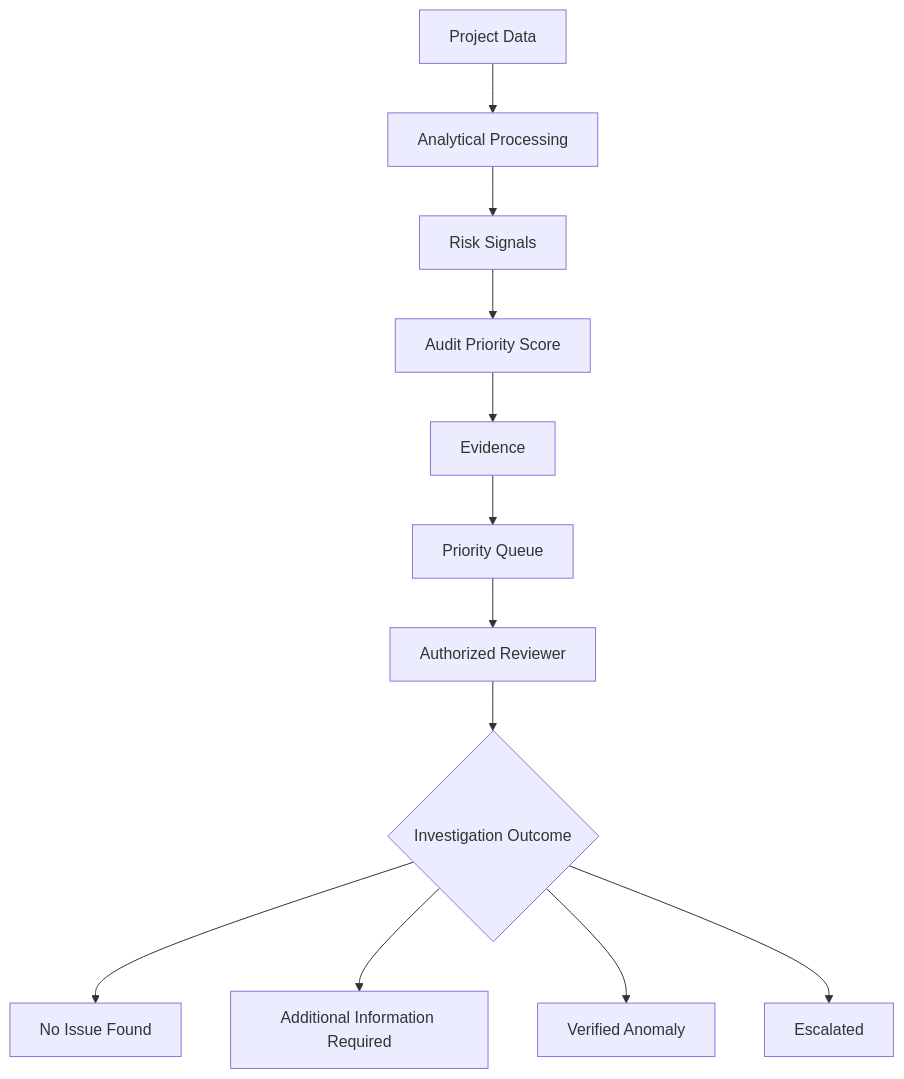
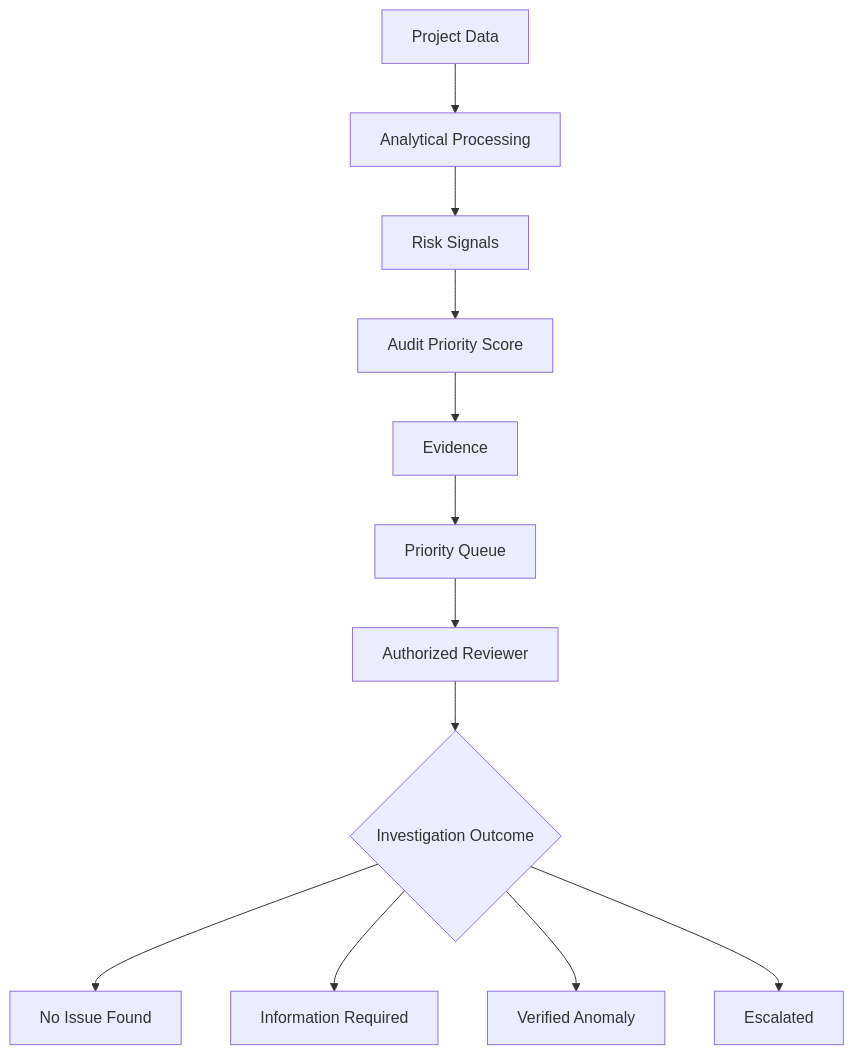
Before and after one commit to the-nidhi-bhat/mplads-sentinel: the ninth of 17 diagrams in README.md, drawn with Mermaid. The commit also changed other lines of this file, not shown here.

````diff
--- a/README.md
+++ b/README.md
@@ -335,14 +335,14 @@
 ```mermaid
-flowchart TD
-    A["Project Data"] --> B["Analytical Processing"]
-    B --> C["Risk Signals"]
-    C --> D["Audit Priority Score"]
-    D --> E["Evidence"]
-    E --> F["Priority Queue"]
-    F --> G["Authorized Reviewer"]
-    G --> H{"Investigation Outcome"}
-    H --> I["No Issue Found"]
-    H --> J["Additional Information Required"]
-    H --> K["Verified Anomaly"]
-    H --> L["Escalated"]
+graph TB
+    A[Project Data] --> B[Analytical Processing]
+    B --> C[Risk Signals]
+    C --> D[Audit Priority Score]
+    D --> E[Evidence]
+    E --> F[Priority Queue]
+    F --> G[Authorized Reviewer]
+    G --> H{Investigation Outcome}
+    H --> I[No Issue Found]
+    H --> J[Information Required]
+    H --> K[Verified Anomaly]
+    H --> L[Escalated]
 ```
````
